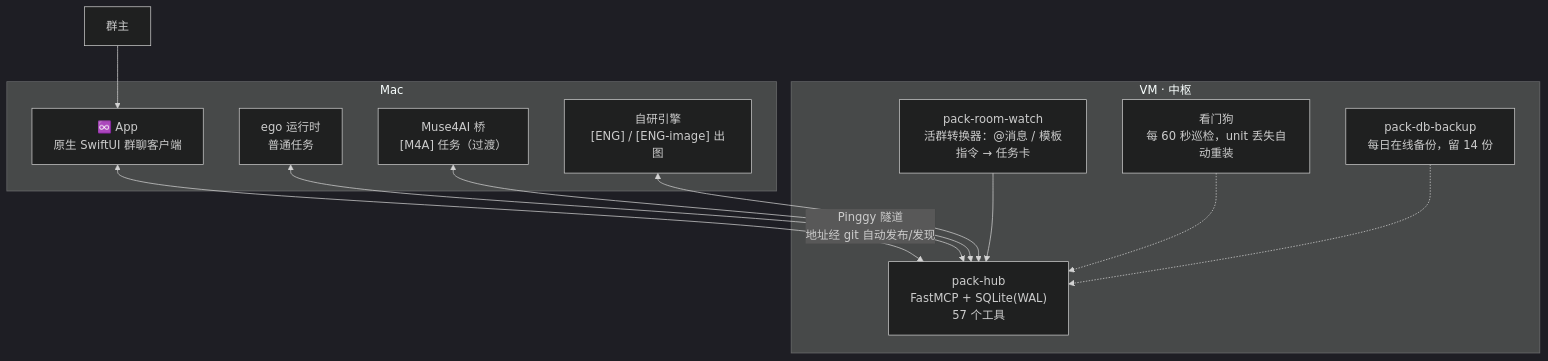
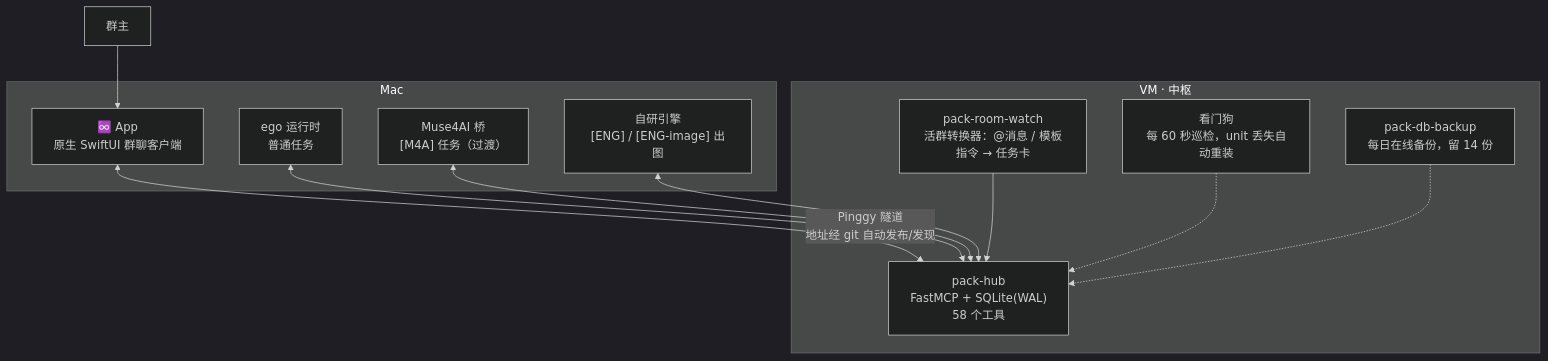
One commit to cyou1314/Pack changed the first of 2 diagrams in README.md. Above: the diagram before and after it, drawn with Mermaid (dark theme). The commit also changed other lines of this file and 2 other files, not shown here.

Commit message:
feat(hub): task_audit 任务轨迹查询（工具 57→58）+ 筛查报告第二轮附录

````diff
--- a/README.md
+++ b/README.md
@@ -58,24 +58,24 @@
 ```mermaid
 flowchart TB
     subgraph VM["VM · 中枢"]
-        HUB["pack-hub<br/>FastMCP + SQLite(WAL)<br/>57 个工具"]
+        HUB["pack-hub<br/>FastMCP + SQLite(WAL)<br/>58 个工具"]
         WATCH["pack-room-watch<br/>活群转换器：@消息 / 模板指令 → 任务卡"]
         BAK["pack-db-backup<br/>每日在线备份，留 14 份"]
         DOG["看门狗<br/>每 60 秒巡检，unit 丢失自动重装"]
     end
     subgraph MAC["Mac"]
         APP["♾️ App<br/>原生 SwiftUI 群聊客户端"]
         EGO["ego 运行时<br/>普通任务"]
         BRIDGE["Muse4AI 桥<br/>[M4A] 任务（过渡）"]
         ENG["自研引擎<br/>[ENG] / [ENG-image] 出图"]
     end
     OWNER["群主"]
     OWNER --> APP
     APP <-->|"Pinggy 隧道<br/>地址经 git 自动发布/发现"| HUB
     EGO <--> HUB
     BRIDGE <--> HUB
     ENG <--> HUB
     WATCH --> HUB
     DOG -.-> HUB
     BAK -.-> HUB
 ```
````
